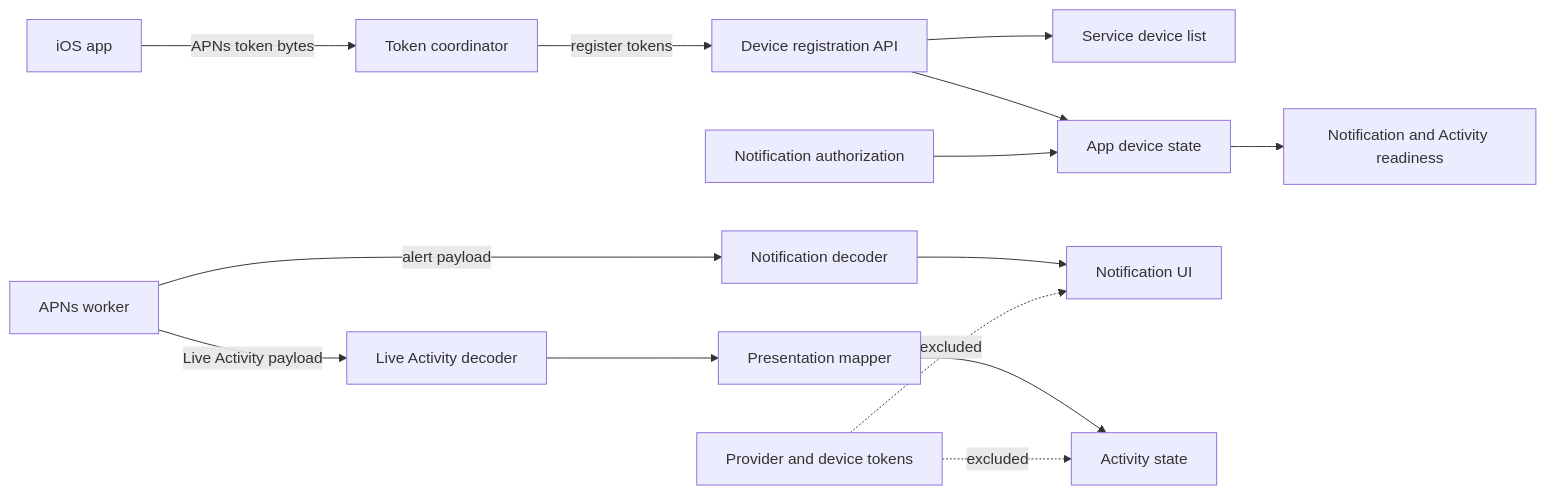
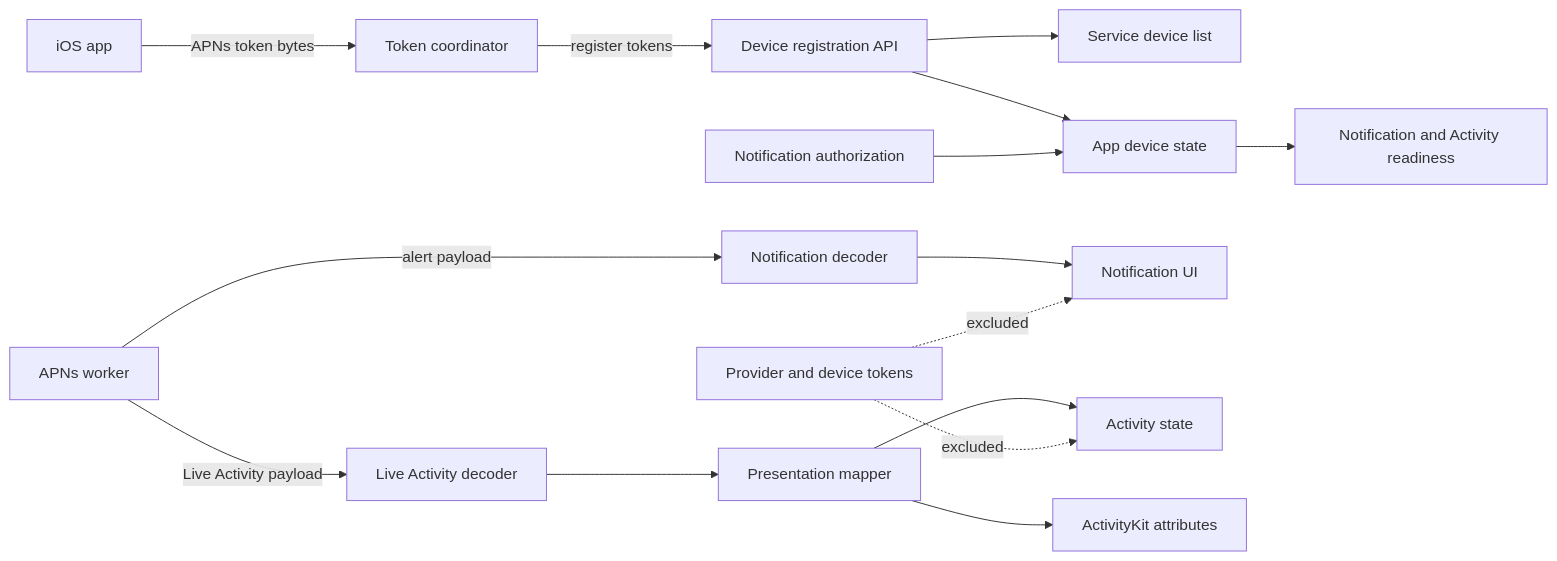
The diagram in docs/ios.md (dotbrains/beam), drawn with Mermaid before and after one commit. The commit also changed other lines of this file and 3 other files, not shown here.

Commit message:
feat: bridge Live Activities to ActivityKit

````diff
--- a/docs/ios.md
+++ b/docs/ios.md
@@ -8,16 +8,17 @@
 ```mermaid
 flowchart LR
   app[iOS app] -->|APNs token bytes| coordinator[Token coordinator]
   coordinator -->|register tokens| api[Device registration API]
   api --> service[Service device list]
   api --> deviceState[App device state]
   permission[Notification authorization] --> deviceState
   deviceState --> routing[Notification and Activity readiness]
   worker[APNs worker] -->|alert payload| notification[Notification decoder]
   worker -->|Live Activity payload| activity[Live Activity decoder]
   notification --> ui[Notification UI]
   activity --> presentation[Presentation mapper]
   presentation --> live[Activity state]
+  presentation --> attributes[ActivityKit attributes]
   secrets[Provider and device tokens] -. excluded .-> ui
   secrets -. excluded .-> live
 ```
````
